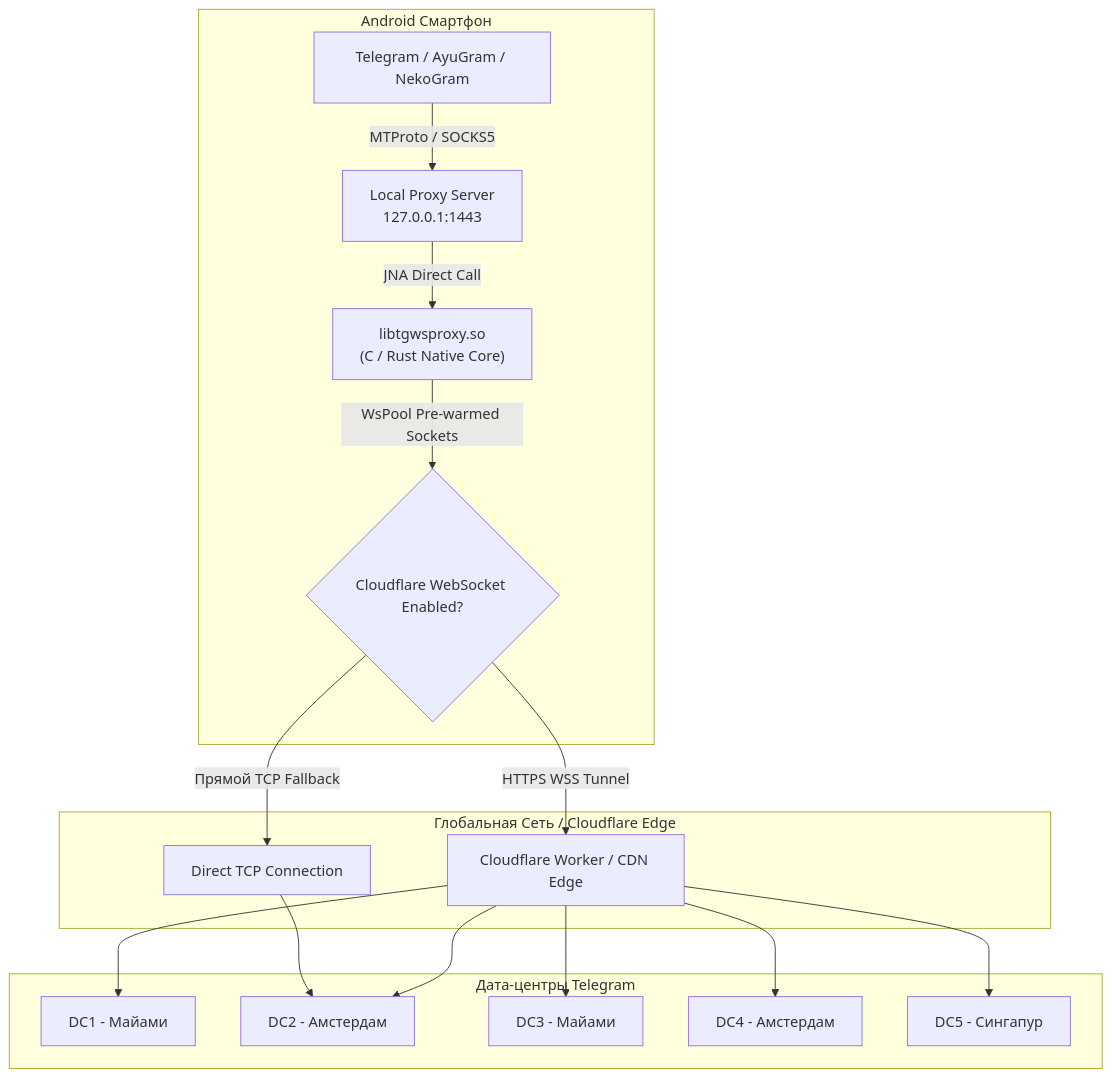
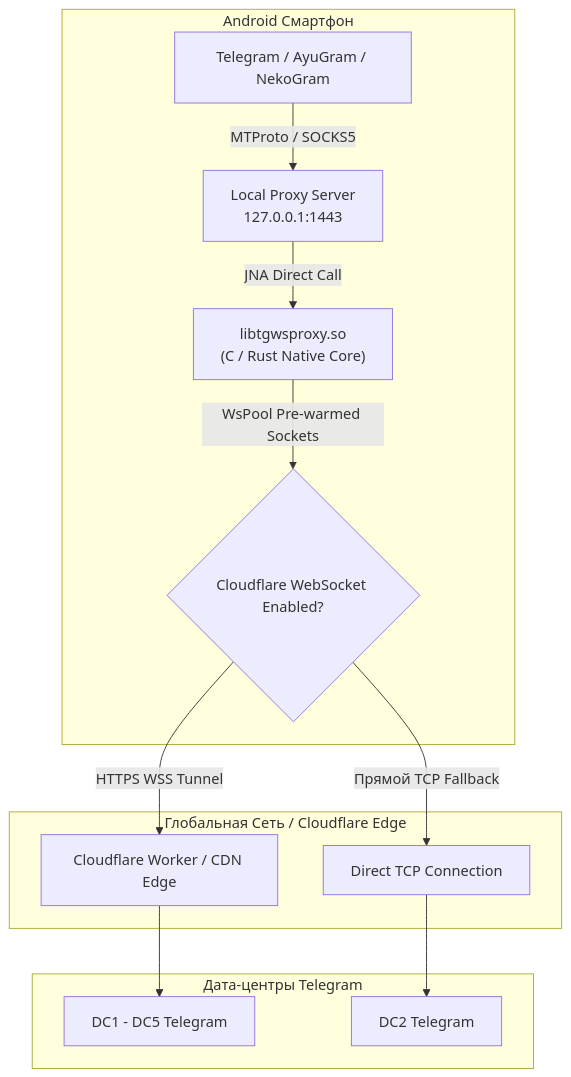
One commit to joycecurcirt539-dot/Mirrly-TG-Proxy changed the diagram in README.md. Above: the diagram before and after it, drawn with Mermaid. The commit also changed other lines of this file, not shown here.

````diff
--- a/README.md
+++ b/README.md
@@ -95,22 +59,18 @@
 ```mermaid
 flowchart TD
     subgraph AndroidDevice ["Android Смартфон"]
         TGClient["Telegram / AyuGram / NekoGram"] -->|MTProto / SOCKS5| LocalServer["Local Proxy Server\n127.0.0.1:1443"]
         LocalServer -->|JNA Direct Call| NativeCore["libtgwsproxy.so\n(C / Rust Native Core)"]
         NativeCore -->|WsPool Pre-warmed Sockets| PoolMgr{"Cloudflare WebSocket Enabled?"}
     end
 
     subgraph Internet ["Глобальная Сеть / Cloudflare Edge"]
         PoolMgr -->|HTTPS WSS Tunnel| CFWorker["Cloudflare Worker / CDN Edge"]
         PoolMgr -->|Прямой TCP Fallback| DirectTCP["Direct TCP Connection"]
     end
 
     subgraph TelegramDCs ["Дата-центры Telegram"]
-        CFWorker --> DC1["DC1 - Майами"]
-        CFWorker --> DC2["DC2 - Амстердам"]
-        CFWorker --> DC3["DC3 - Майами"]
-        CFWorker --> DC4["DC4 - Амстердам"]
-        CFWorker --> DC5["DC5 - Сингапур"]
-        DirectTCP --> DC2
+        CFWorker --> DC1["DC1 - DC5 Telegram"]
+        DirectTCP --> DC2["DC2 Telegram"]
     end
 ```
````
